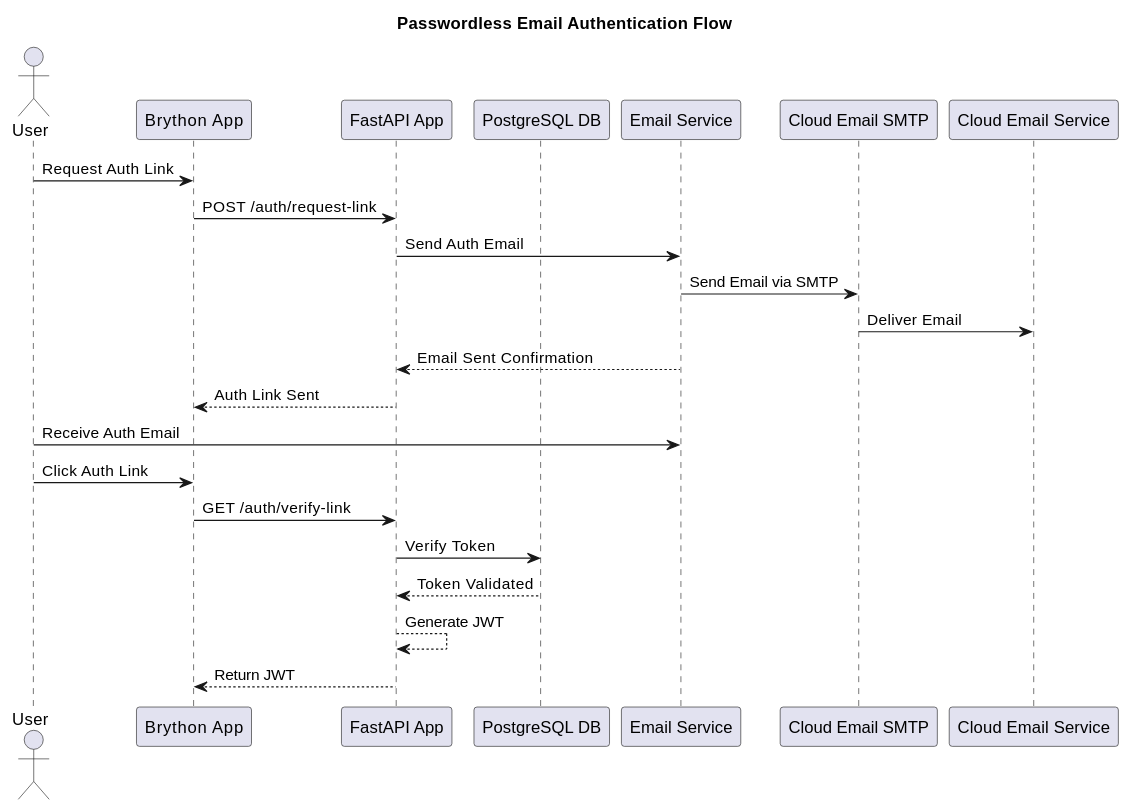
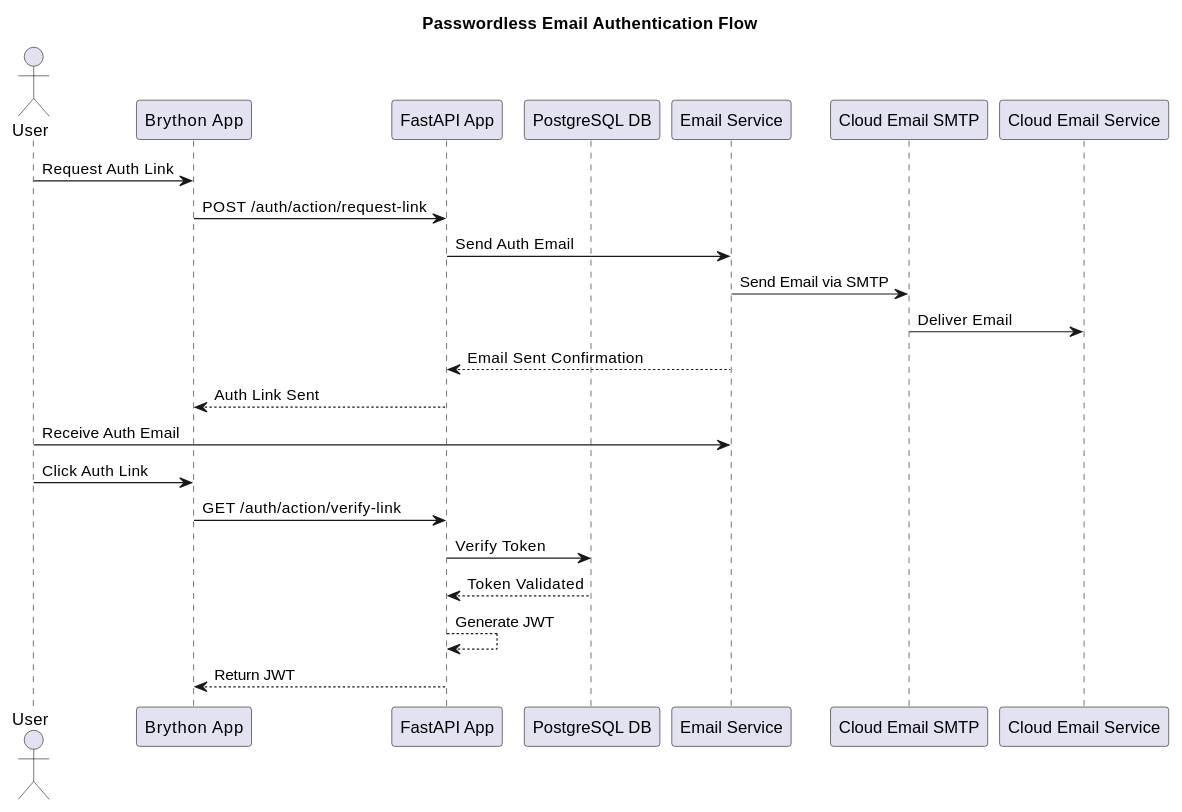
Before and after one commit to leshmark/gamegroup: the third of 4 diagrams in Game Group Site.md, drawn with PlantUML. The commit also changed other lines of this file and 15 other files, not shown here.

````diff
--- a/Game Group Site.md
+++ b/Game Group Site.md
@@ -110,26 +110,26 @@
 ```plantuml
 @startuml
 title Passwordless Email Authentication Flow
 actor User
 participant "Brython App" as Brython
 participant "FastAPI App" as FastAPI
 participant "PostgreSQL DB" as DB
 participant "Email Service" as EmailService
 participant "Cloud Email SMTP" as CloudEmailSMTP
 participant "Cloud Email Service" as CloudEmailService
 User -> Brython : Request Auth Link
-Brython -> FastAPI : POST /auth/request-link
+Brython -> FastAPI : POST /auth/action/request-link
 FastAPI -> EmailService : Send Auth Email
 EmailService -> CloudEmailSMTP : Send Email via SMTP
 CloudEmailSMTP -> CloudEmailService : Deliver Email
 EmailService --> FastAPI : Email Sent Confirmation
 FastAPI --> Brython : Auth Link Sent
 User -> EmailService : Receive Auth Email
 User -> Brython : Click Auth Link
-Brython -> FastAPI : GET /auth/verify-link
+Brython -> FastAPI : GET /auth/action/verify-link
 FastAPI -> DB : Verify Token
 DB --> FastAPI : Token Validated
 FastAPI --> FastAPI : Generate JWT
 FastAPI --> Brython : Return JWT
 @enduml
 ```
````
